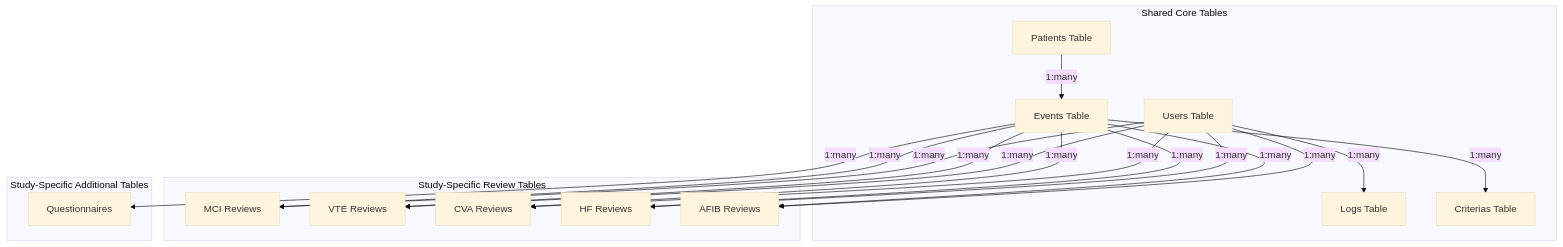
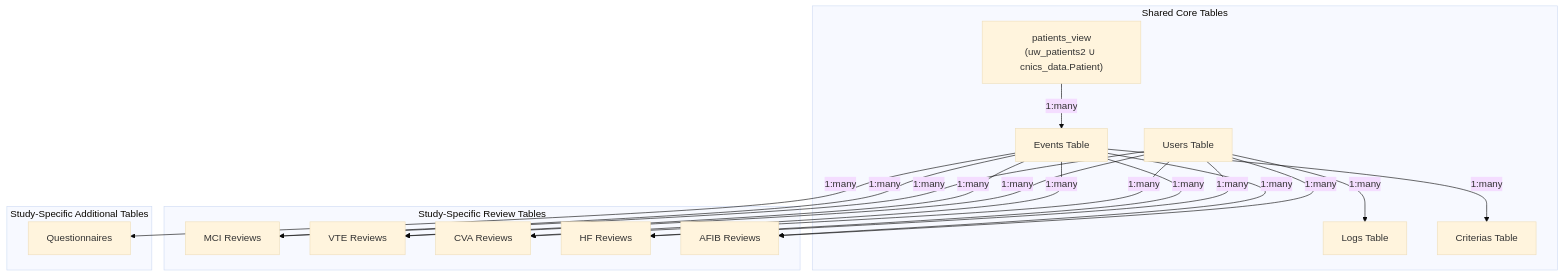
Before and after one commit to uwcirg/cnics-validation: the third of 8 diagrams in docs/architecture-overview.md, drawn with Mermaid (base theme). The commit also changed other lines of this file and 20 other files, not shown here.

````diff
--- a/docs/architecture-overview.md
+++ b/docs/architecture-overview.md
@@ -93,40 +93,40 @@
 ```mermaid
 graph TB
     subgraph "Shared Core Tables"
         EVENTS["Events Table"]
         USERS["Users Table"]
         LOGS["Logs Table"]
-        PATIENTS["Patients Table"]
+        PATIENTS["patients_view<br/>(uw_patients2 ∪ cnics_data.Patient)"]
         CRITERIAS["Criterias Table"]
     end
     
     subgraph "Study-Specific Review Tables"
         MCI_REVIEWS["MCI Reviews"]
         VTE_REVIEWS["VTE Reviews"]
         CVA_REVIEWS["CVA Reviews"]
         HF_REVIEWS["HF Reviews"]
         AFIB_REVIEWS["AFIB Reviews"]
     end
     
     subgraph "Study-Specific Additional Tables"
         QUESTIONNAIRES["Questionnaires"]
     end
     
     %% Relationships
     EVENTS -->|1:many| MCI_REVIEWS
     EVENTS -->|1:many| VTE_REVIEWS
     EVENTS -->|1:many| CVA_REVIEWS
     EVENTS -->|1:many| HF_REVIEWS
     EVENTS -->|1:many| AFIB_REVIEWS
     EVENTS -->|1:many| QUESTIONNAIRES
     EVENTS -->|1:many| CRITERIAS
     
     USERS -->|1:many| MCI_REVIEWS
     USERS -->|1:many| VTE_REVIEWS
     USERS -->|1:many| CVA_REVIEWS
     USERS -->|1:many| HF_REVIEWS
     USERS -->|1:many| AFIB_REVIEWS
     USERS -->|1:many| LOGS
     
     PATIENTS -->|1:many| EVENTS
 ```
````
